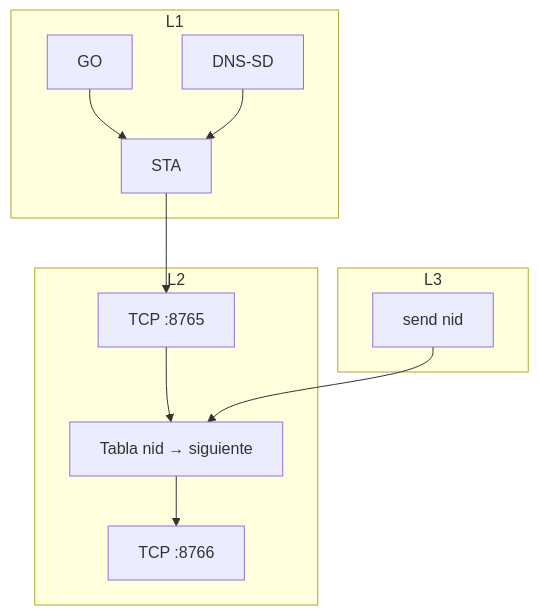
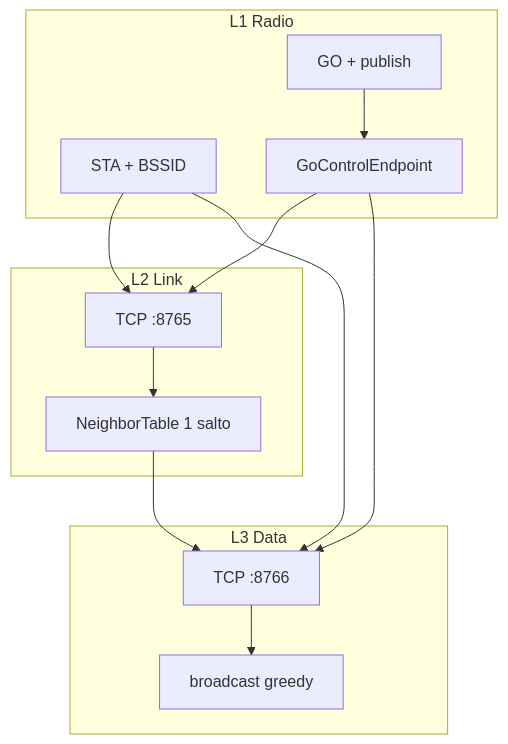
Before and after one commit to Juanca3789/protocolo_red_multisalto_802.11: the diagram in docs/protocol/13-layer-model.md, drawn with Mermaid. The commit also changed other lines of this file and 16 other files, not shown here.

First line of the commit message:
Alinear docs/protocol con Radio, Link y Data 2.3.0.

````diff
--- a/docs/protocol/13-layer-model.md
+++ b/docs/protocol/13-layer-model.md
@@ -79,25 +62,24 @@
 ```mermaid
 flowchart TB
-    subgraph L1["L1"]
-        GO[GO]
-        STA[STA]
-        MDNS[DNS-SD]
+    subgraph L1["L1 Radio"]
+        GO[GO + publish]
+        STA[STA + BSSID]
+        EP[GoControlEndpoint]
     end
-
-    subgraph L2["L2"]
+    subgraph L2["L2 Link"]
         C8765[TCP :8765]
-        TAB[Tabla nid → siguiente]
+        TAB[NeighborTable 1 salto]
+    end
+    subgraph L3["L3 Data"]
         C8766[TCP :8766]
+        BCAST[broadcast greedy]
     end
-
-    subgraph L3["L3"]
-        SEND[send nid]
-    end
-
-    GO --> STA
-    MDNS --> STA
+    GO --> EP
     STA --> C8765
+    EP --> C8765
     C8765 --> TAB
     TAB --> C8766
-    SEND --> TAB
+    EP --> C8766
+    STA --> C8766
+    C8766 --> BCAST
 ```
````
